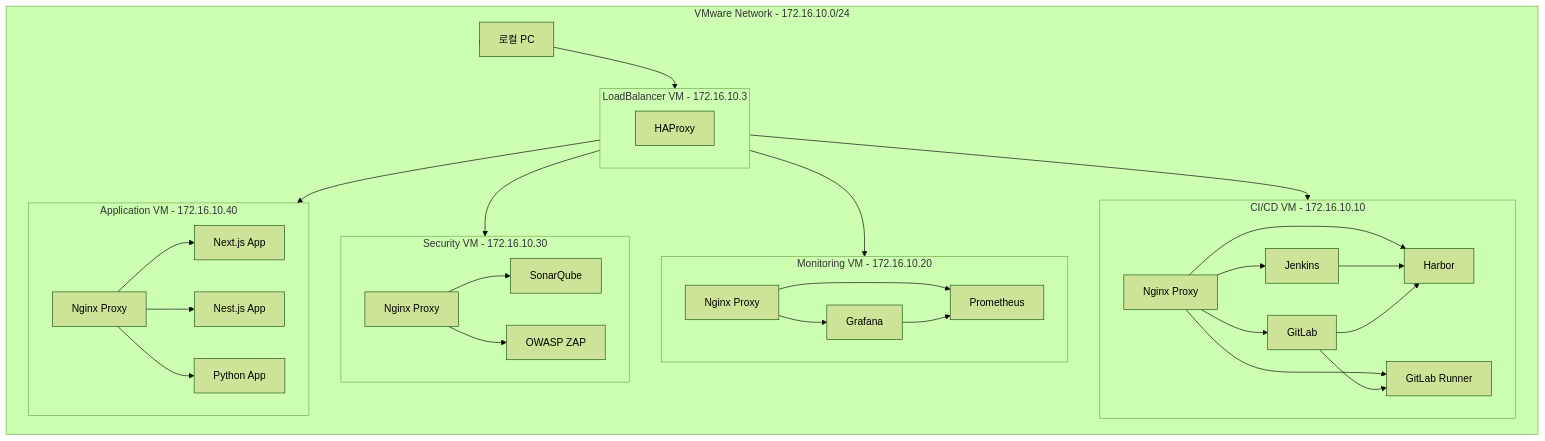
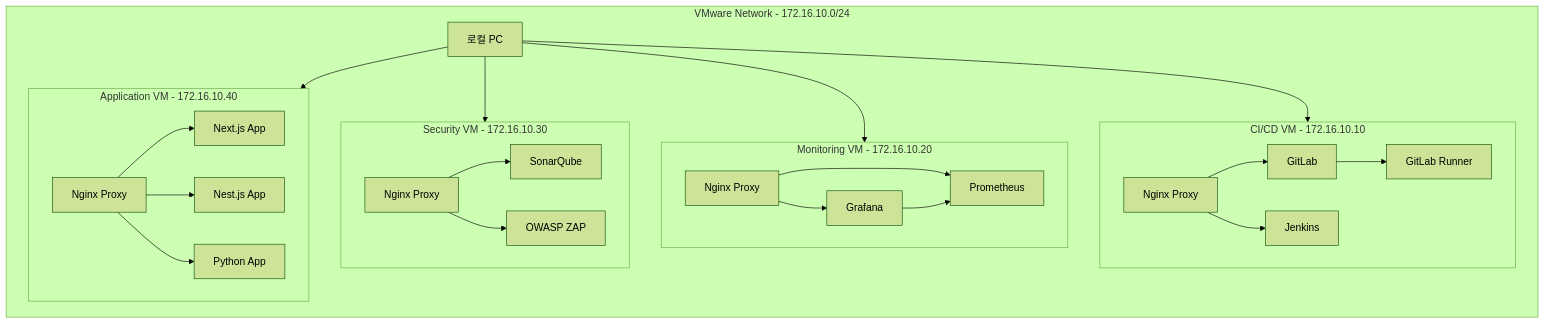
Before and after one commit to cnf-kunkin/docker-compose: the second of 2 diagrams in 시스텝 구성도.md, drawn with Mermaid (forest theme). The commit also changed other lines of this file and 43 other files, not shown here.

````diff
--- a/시스텝 구성도.md
+++ b/시스텝 구성도.md
@@ -86,43 +68,34 @@
 ```mermaid
 graph TD
     Client[로컬 PC] --> VMware[VMware Workstation]
     
     subgraph VMware[VMware Network - 172.16.10.0/24]
-        subgraph LB_VM[LoadBalancer VM - 172.16.10.3]
-            HAProxy[HAProxy]
-        end
-
         subgraph CICD_VM[CI/CD VM - 172.16.10.10]
             CICD_Nginx[Nginx Proxy] --> GitLab
             CICD_Nginx --> Jenkins
-            CICD_Nginx --> Harbor
-            CICD_Nginx --> Runner[GitLab Runner]
-            GitLab --> Runner
-            Jenkins --> Harbor
-            GitLab --> Harbor
+            GitLab --> Runner[GitLab Runner]
         end
         
         subgraph MON_VM[Monitoring VM - 172.16.10.20]
             MON_Nginx[Nginx Proxy] --> Grafana
             MON_Nginx --> Prometheus
             Grafana --> Prometheus
         end
         
         subgraph SEC_VM[Security VM - 172.16.10.30]
             SEC_Nginx[Nginx Proxy] --> SonarQube
             SEC_Nginx --> OWASPZAP[OWASP ZAP]
         end
         
         subgraph APP_VM[Application VM - 172.16.10.40]
             APP_Nginx[Nginx Proxy] --> NextApp[Next.js App]
             APP_Nginx --> NestApp[Nest.js App]
             APP_Nginx --> PythonApp[Python App]
         end
 
-        Client --> LB_VM
-        LB_VM --> CICD_VM
-        LB_VM --> MON_VM
-        LB_VM --> SEC_VM
-        LB_VM --> APP_VM
+        Client --> CICD_VM
+        Client --> MON_VM
+        Client --> SEC_VM
+        Client --> APP_VM
     end
 ```
````
